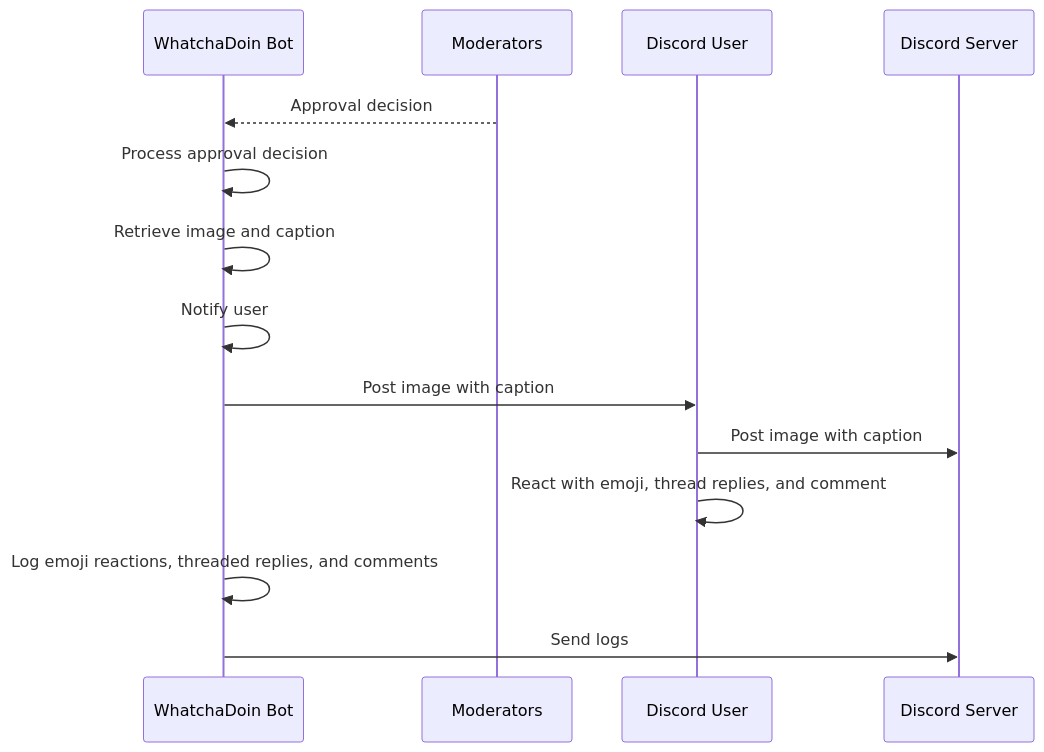
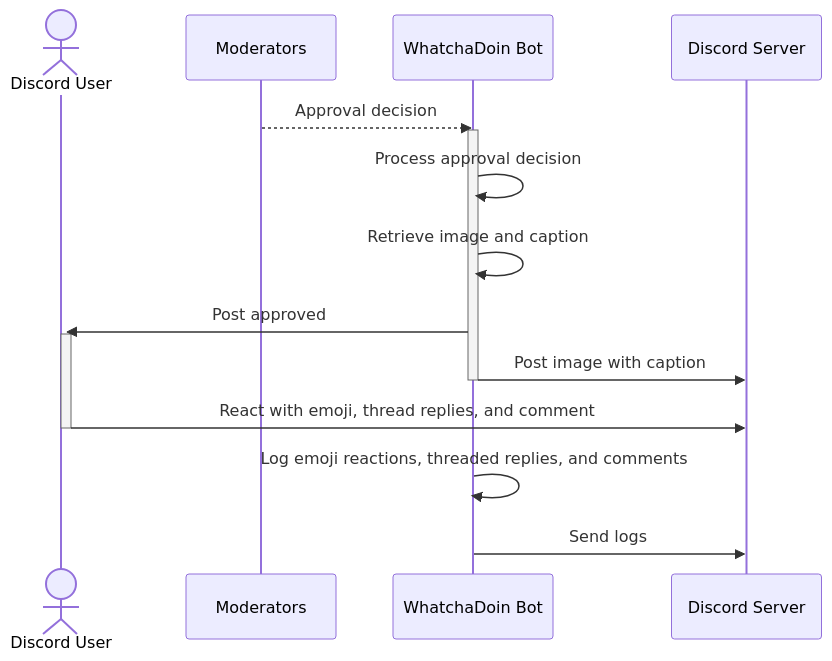
Before and after one commit to Capstone-Projects-2023-Fall/project-bereal-meets-slack: the sixth of 11 diagrams in documentation/docs/system-architecture/design.md, drawn with Mermaid. The commit also changed other lines of this file, not shown here.

Commit message:
Update design.md
Saving progress, went back and fixing everything

````diff
--- a/documentation/docs/system-architecture/design.md
+++ b/documentation/docs/system-architecture/design.md
@@ -327,19 +336,23 @@
 ```mermaid
 
 sequenceDiagram
+    actor User as Discord User
+    participant Moderators as Moderators
     participant WhatchaDoinBot as WhatchaDoin Bot
-    participant Moderators as Moderators
-    participant User as Discord User
     participant Server as Discord Server
 
     Moderators -->> WhatchaDoinBot: Approval decision
+    activate User
+    activate WhatchaDoinBot
     WhatchaDoinBot ->> WhatchaDoinBot: Process approval decision
     WhatchaDoinBot ->> WhatchaDoinBot: Retrieve image and caption
-    WhatchaDoinBot ->> WhatchaDoinBot: Notify user
-    WhatchaDoinBot ->> User: Post image with caption
-    User ->> Server: Post image with caption
-    User ->> User: React with emoji, thread replies, and comment
+    WhatchaDoinBot ->> User: Post approved
+    activate User
+    WhatchaDoinBot ->> Server: Post image with caption
+    deactivate WhatchaDoinBot
+    User ->> Server: React with emoji, thread replies, and comment
+    deactivate User
     WhatchaDoinBot ->> WhatchaDoinBot: Log emoji reactions, threaded replies, and comments
     WhatchaDoinBot ->> Server: Send logs
 
 ```
````
